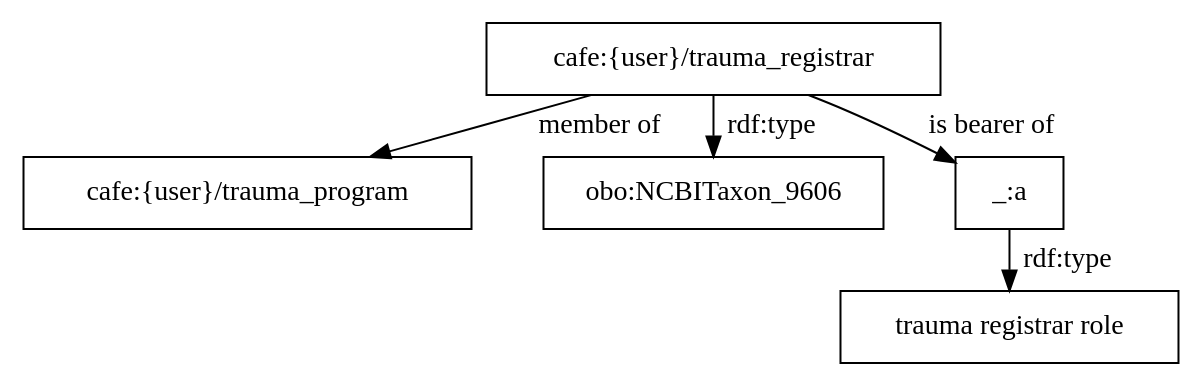
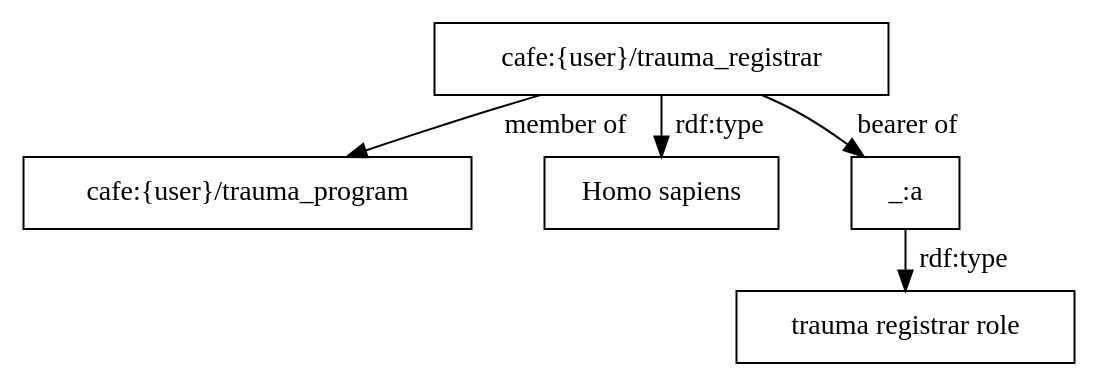
The diagram in cafe/graphs/33.dot (utecht/dideo-server), drawn with Graphviz before and after one commit. The commit also changed 15 other files, not shown here.

Commit message:
changed graphs and definitions

```diff
--- a/cafe/graphs/33.dot
+++ b/cafe/graphs/33.dot
@@ -1,7 +1,7 @@
 digraph g { node [shape=rectangle];
 graph [splines=true, nodesep=.5, ranksep=0, overlap=false];
 "cafe:{user}/trauma_registrar" -> "cafe:{user}/trauma_program" [label="member of"]
-"cafe:{user}/trauma_registrar" -> "obo:NCBITaxon_9606" [label="rdf:type"]
-"cafe:{user}/trauma_registrar" -> "_:a" [label="is bearer of"]
+"cafe:{user}/trauma_registrar" -> "Homo sapiens" [label="rdf:type"]
+"cafe:{user}/trauma_registrar" -> "_:a" [label="bearer of"]
 "_:a" -> "trauma registrar role" [label="rdf:type"]
 }
```
